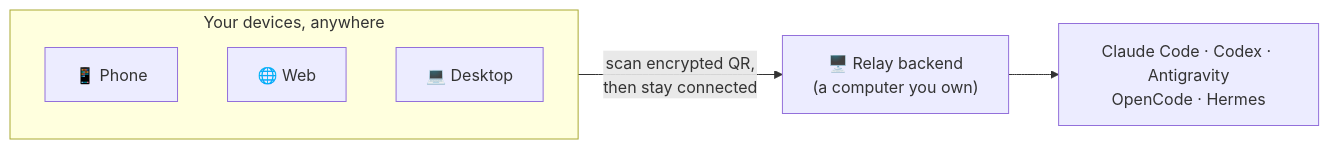
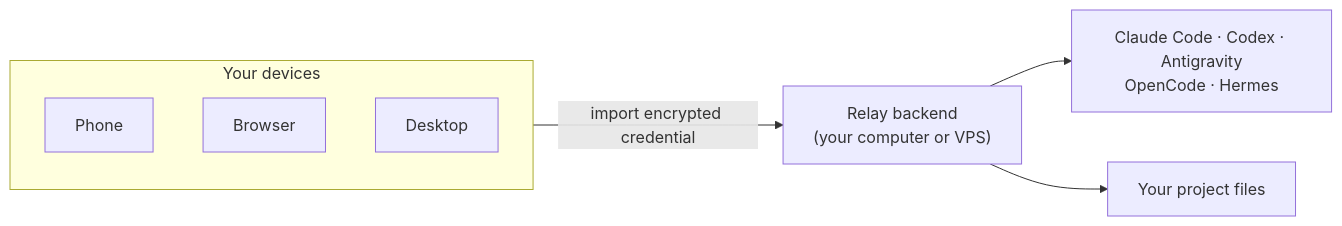
One commit to elin66alpha/Relay changed the diagram in README.md. Above: the diagram before and after it, drawn with Mermaid. The commit also changed other lines of this file and 9 other files, not shown here.

````diff
--- a/README.md
+++ b/README.md
@@ -21,11 +22,12 @@
 ```mermaid
 flowchart LR
-    subgraph You["Your devices, anywhere"]
+    subgraph You["Your devices"]
         direction TB
-        P["📱 Phone"]
-        W["🌐 Web"]
-        D["💻 Desktop"]
+        P["Phone"]
+        W["Browser"]
+        D["Desktop"]
     end
-    You -->|"scan encrypted QR,<br/>then stay connected"| B["🖥️ Relay backend<br/>(a computer you own)"]
+    You -->|"import encrypted credential"| B["Relay backend<br/>(your computer or VPS)"]
     B --> AG["Claude Code · Codex · Antigravity<br/>OpenCode · Hermes"]
+    B --> FS["Your project files"]
 ```
````
